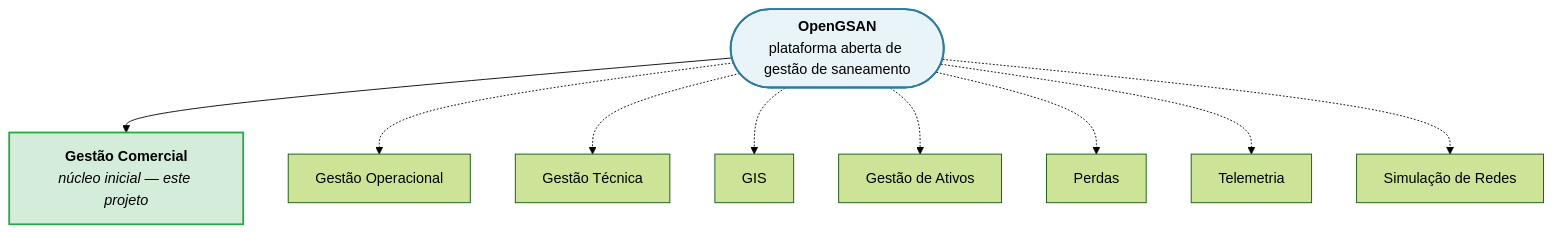
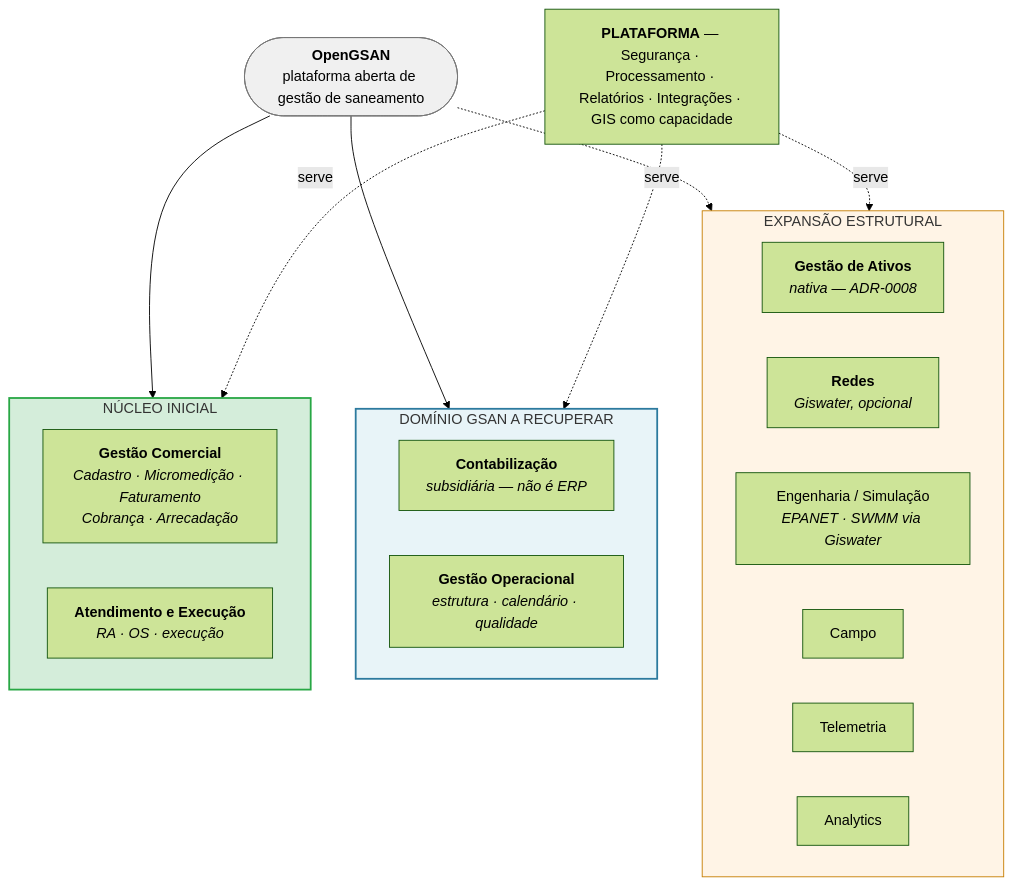
Before and after one commit to Joao-PSF/gsan: the second of 2 diagrams in docs/modernizacao/dominio/visao-conceitual-opengsan.md, drawn with Mermaid (forest theme). The commit also changed other lines of this file and 23 other files, not shown here.

First line of the commit message:
docs: revisão controlada de escopo do OpenGSAN (Financeiro, Operacional, Ativos, GIS)

````diff
--- a/docs/modernizacao/dominio/visao-conceitual-opengsan.md
+++ b/docs/modernizacao/dominio/visao-conceitual-opengsan.md
@@ -814,24 +824,37 @@
 ```mermaid
-flowchart TD
+flowchart TB
     OG(["<b>OpenGSAN</b><br/>plataforma aberta de gestão de saneamento"])
-    COM["<b>Gestão Comercial</b><br/><i>núcleo inicial — este projeto</i>"]
-    OPE["Gestão Operacional"]
-    TEC["Gestão Técnica"]
-    GIS["GIS"]
-    ATV["Gestão de Ativos"]
-    PER["Perdas"]
-    TEL["Telemetria"]
-    SIM["Simulação de Redes"]
 
-    OG --> COM
-    OG -.-> OPE
-    OG -.-> TEC
-    OG -.-> GIS
-    OG -.-> ATV
-    OG -.-> PER
-    OG -.-> TEL
-    OG -.-> SIM
+    subgraph NI["NÚCLEO INICIAL"]
+        COM["<b>Gestão Comercial</b><br/><i>Cadastro · Micromedição · Faturamento<br/>Cobrança · Arrecadação</i>"]
+        ATE["<b>Atendimento e Execução</b><br/><i>RA · OS · execução</i>"]
+    end
 
-    style COM fill:#d4edda,stroke:#28a745,stroke-width:2px
-    style OG fill:#e8f4f8,stroke:#2c7a9e,stroke-width:2px
+    subgraph REC["DOMÍNIO GSAN A RECUPERAR"]
+        CTB["<b>Contabilização</b><br/><i>subsidiária — não é ERP</i>"]
+        OPE["<b>Gestão Operacional</b><br/><i>estrutura · calendário · qualidade</i>"]
+    end
+
+    subgraph EXP["EXPANSÃO ESTRUTURAL"]
+        ATV["<b>Gestão de Ativos</b><br/><i>nativa — ADR-0008</i>"]
+        RED["<b>Redes</b><br/><i>Giswater, opcional</i>"]
+        ENG["Engenharia / Simulação<br/><i>EPANET · SWMM via Giswater</i>"]
+        CAM["Campo"]
+        TEL["Telemetria"]
+        ANA["Analytics"]
+    end
+
+    PLAT["<b>PLATAFORMA</b> — Segurança · Processamento · Relatórios · Integrações · GIS como capacidade"]
+
+    OG --> NI
+    OG --> REC
+    OG -.-> EXP
+    PLAT -.->|serve| NI
+    PLAT -.->|serve| REC
+    PLAT -.->|serve| EXP
+
+    style NI fill:#d4edda,stroke:#28a745,stroke-width:2px
+    style REC fill:#e8f4f8,stroke:#2c7a9e,stroke-width:2px
+    style EXP fill:#fff4e6,stroke:#c77d00
+    style OG fill:#f0f0f0,stroke:#777
 ```
````
